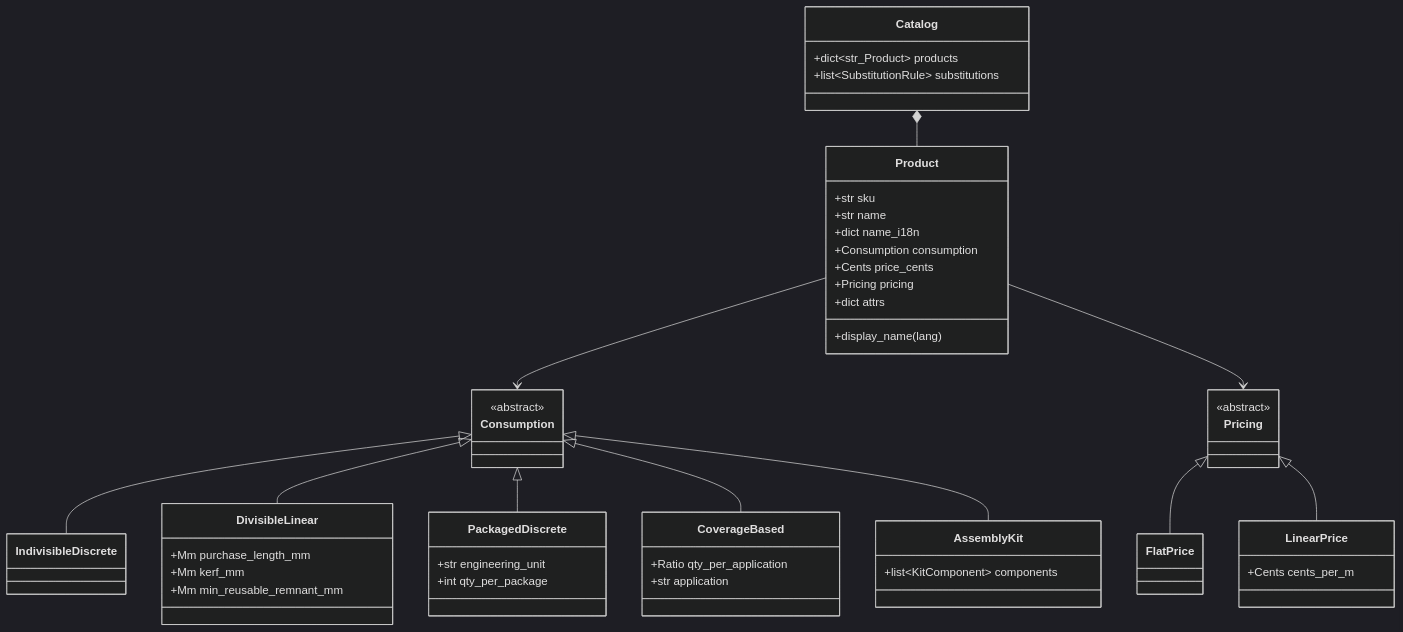
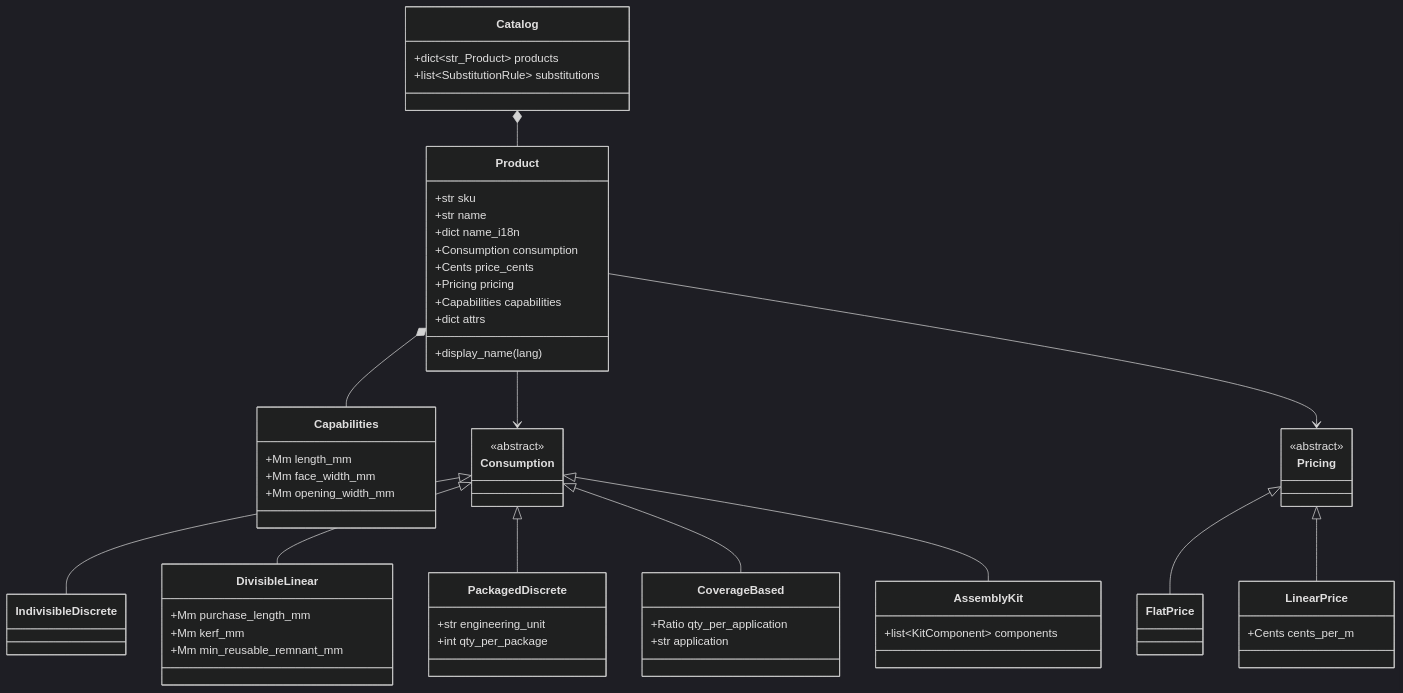
One commit to spicysauce1955-stack/BOM changed the second of 8 diagrams in docs/architecture/02-entities.md. Above: the diagram before and after it, drawn with Mermaid (dark theme). The commit also changed other lines of this file and 9 other files, not shown here.

First line of the commit message:
docs(architecture): the two documents that answered a question the map already answered

````diff
--- a/docs/architecture/02-entities.md
+++ b/docs/architecture/02-entities.md
@@ -100,55 +124,62 @@
 ```mermaid
 classDiagram
     class Catalog {
         +dict~str_Product~ products
         +list~SubstitutionRule~ substitutions
     }
     class Product {
         +str sku
         +str name
         +dict name_i18n
         +Consumption consumption
         +Cents price_cents
         +Pricing pricing
+        +Capabilities capabilities
         +dict attrs
         +display_name(lang)
+    }
+    class Capabilities {
+        +Mm length_mm
+        +Mm face_width_mm
+        +Mm opening_width_mm
     }
     class Consumption {
         <<abstract>>
     }
     class IndivisibleDiscrete
     class DivisibleLinear {
         +Mm purchase_length_mm
         +Mm kerf_mm
         +Mm min_reusable_remnant_mm
     }
     class PackagedDiscrete {
         +str engineering_unit
         +int qty_per_package
     }
     class CoverageBased {
         +Ratio qty_per_application
         +str application
     }
     class AssemblyKit {
         +list~KitComponent~ components
     }
     class Pricing {
         <<abstract>>
     }
     class FlatPrice
     class LinearPrice {
         +Cents cents_per_m
     }
 
     Catalog *-- Product
+    Product *-- Capabilities
     Product --> Consumption
     Product --> Pricing
     Consumption <|-- IndivisibleDiscrete
     Consumption <|-- DivisibleLinear
     Consumption <|-- PackagedDiscrete
     Consumption <|-- CoverageBased
     Consumption <|-- AssemblyKit
     Pricing <|-- FlatPrice
     Pricing <|-- LinearPrice
 ```
````
